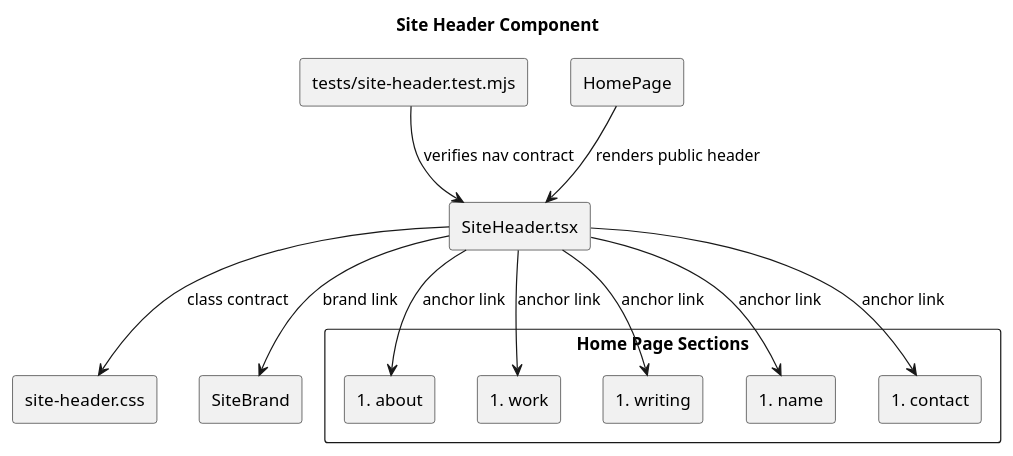
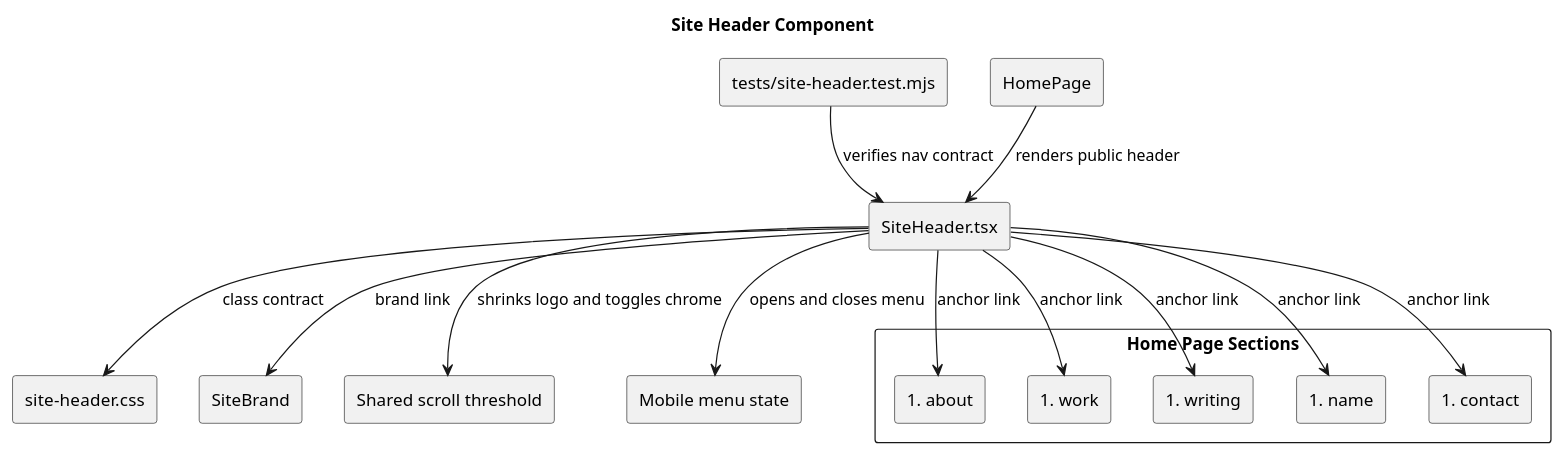
One commit to bonecutter-hierophant/Bonecutters changed the diagram in client/src/components/site-header/site-header.puml. Above: the diagram before and after it, drawn with PlantUML. The commit also changed 14 other files, not shown here.

Commit message:
Polish responsive site chrome

```diff
--- a/client/src/components/site-header/site-header.puml
+++ b/client/src/components/site-header/site-header.puml
@@ -1,28 +1,32 @@
 @startuml
 title Site Header Component
 skinparam componentStyle rectangle
 
 component "SiteHeader.tsx" as SiteHeader
 component "site-header.css" as Styles
 component "tests/site-header.test.mjs" as Tests
 component "SiteBrand" as SiteBrand
 component "HomePage" as HomePage
+component "Shared scroll threshold" as ScrollState
+component "Mobile menu state" as MenuState
 rectangle "Home Page Sections" as Sections {
   component "#about" as About
   component "#work" as Work
   component "#writing" as Writing
   component "#name" as Name
   component "#contact" as Contact
 }
 
 HomePage --> SiteHeader : renders public header
 SiteHeader --> SiteBrand : brand link
+SiteHeader --> ScrollState : shrinks logo and toggles chrome
+SiteHeader --> MenuState : opens and closes menu
 SiteHeader --> Styles : class contract
 SiteHeader --> About : anchor link
 SiteHeader --> Work : anchor link
 SiteHeader --> Writing : anchor link
 SiteHeader --> Name : anchor link
 SiteHeader --> Contact : anchor link
 Tests --> SiteHeader : verifies nav contract
 
 @enduml
```
